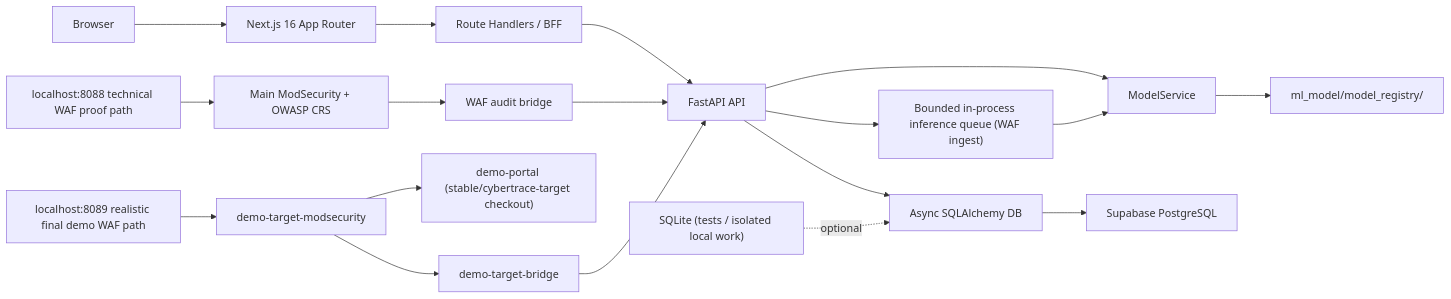
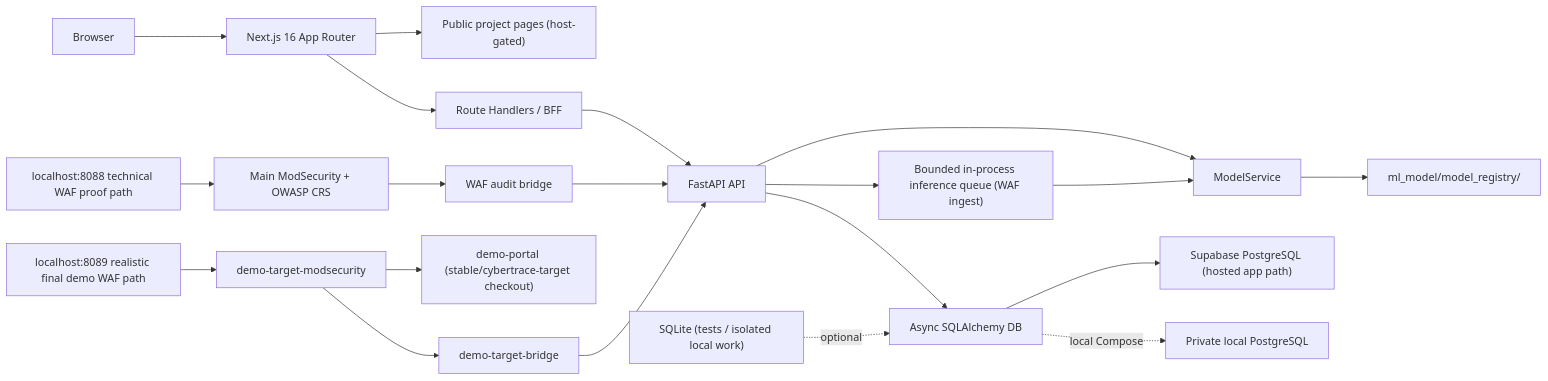
One commit to PooKYZZZ/injection-alert-system changed the diagram in docs/architecture.md. Above: the diagram before and after it, drawn with Mermaid. The commit also changed other lines of this file and 11 other files, not shown here.

````diff
--- a/docs/architecture.md
+++ b/docs/architecture.md
@@ -9,21 +15,22 @@
 ```mermaid
 flowchart LR
     Browser["Browser"] --> Next["Next.js 16 App Router"]
+    Next --> Public["Public project pages (host-gated)"]
     Next --> BFF["Route Handlers / BFF"]
     BFF --> FastAPI["FastAPI API"]
     FastAPI --> Model["ModelService"]
     FastAPI --> Queue["Bounded in-process inference queue (WAF ingest)"]
     Queue --> Model
     FastAPI --> DB["Async SQLAlchemy DB"]
     Model --> Registry["ml_model/model_registry/"]
-    DB --> Supabase["Supabase PostgreSQL"]
-
+    DB --> Supabase["Supabase PostgreSQL (hosted app path)"]
+    DB -. local Compose .-> LocalPG["Private local PostgreSQL"]
     SQLite["SQLite (tests / isolated local work)"] -. optional .-> DB
     WAFProof["localhost:8088 technical WAF proof path"] --> ModSec["Main ModSecurity + OWASP CRS"]
     ModSec --> Bridge["WAF audit bridge"]
     Bridge --> FastAPI
     DemoWAF["localhost:8089 realistic final demo WAF path"] --> DemoModSec["demo-target-modsecurity"]
     DemoModSec --> DemoTarget["demo-portal (stable/cybertrace-target checkout)"]
     DemoModSec --> DemoBridge["demo-target-bridge"]
     DemoBridge --> FastAPI
 ```
````
